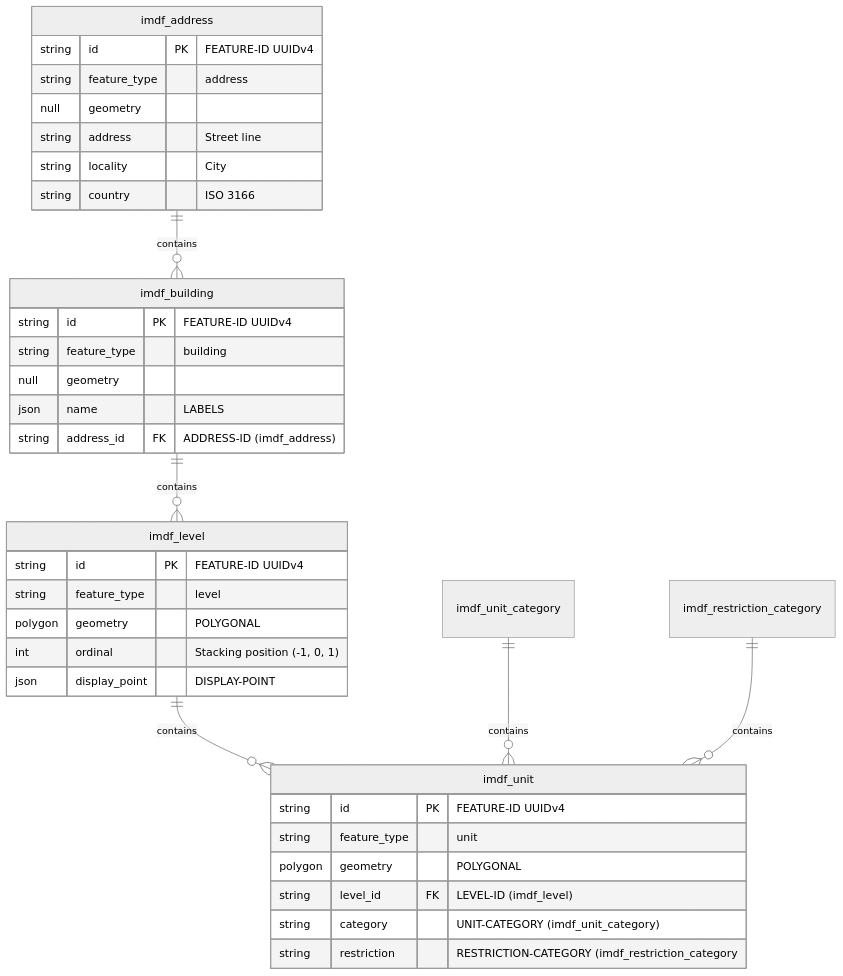
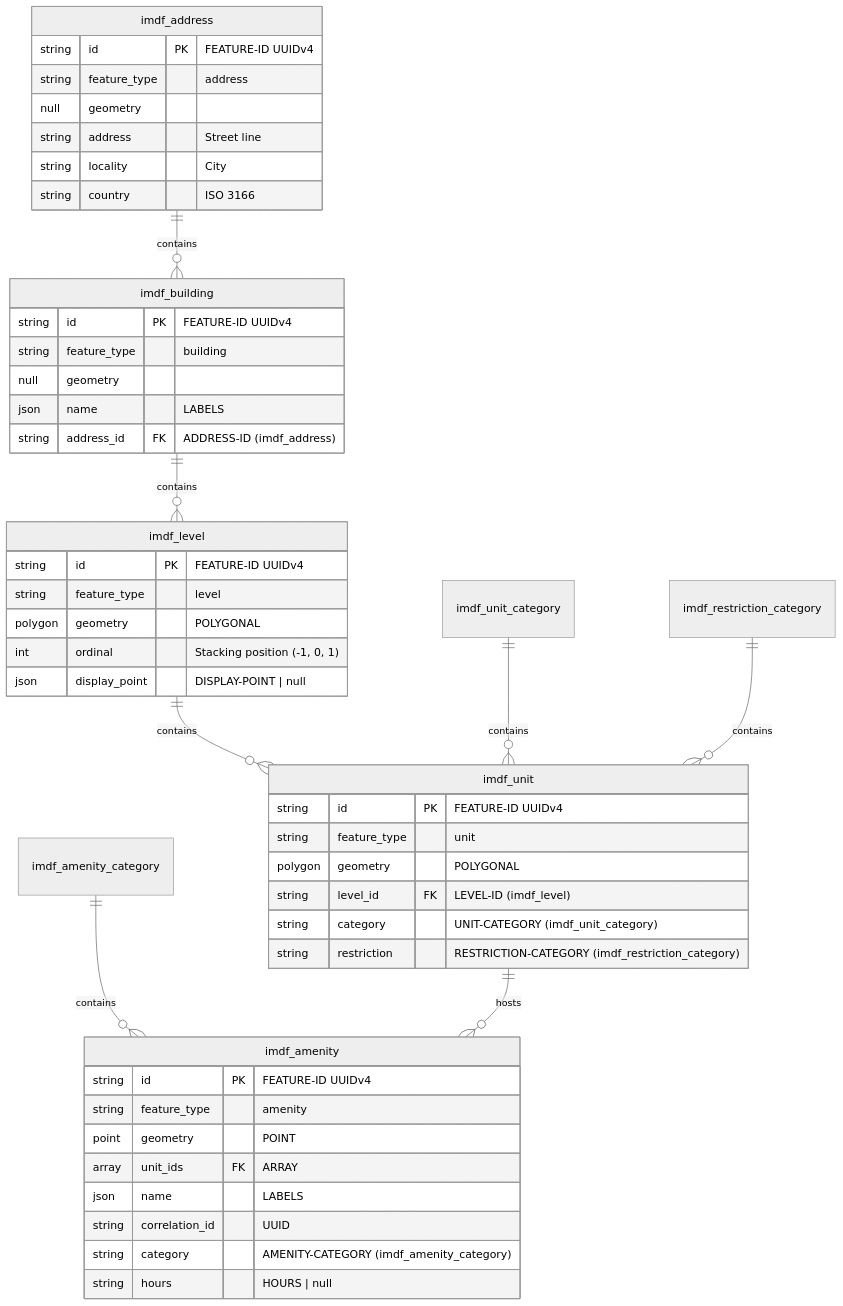
Before and after one commit to Wayfindr10/documentation: the diagram in database/indoor_spatial_semantics_er.md, drawn with Mermaid (neutral theme).

Commit message:
Enhance ER diagram with amenities
Added new entities and relationships for amenities and updated display point to allow null.

````diff
--- a/database/indoor_spatial_semantics_er.md
+++ b/database/indoor_spatial_semantics_er.md
@@ -1,53 +1,74 @@
 ```mermaid
 erDiagram
     imdf_address ||--o{ imdf_building : contains
+    %%imdf_address ||--o{ imdf_amenity : contains
     imdf_building ||--o{ imdf_level : contains
     imdf_level ||--o{ imdf_unit : contains
     imdf_unit_category ||--o{ imdf_unit : contains
     imdf_restriction_category ||--o{ imdf_unit : contains
+    imdf_amenity_category ||--o{ imdf_amenity : contains
+    imdf_unit ||--o{ imdf_amenity : hosts
 
     %% https://docs.ogc.org/cs/20-094/Address/index.html
     imdf_address {
         string id PK "FEATURE-ID UUIDv4"
         string feature_type "address"
         null geometry
         string address "Street line"
         string locality "City"
         string country "ISO 3166"
     }
 
     %% https://docs.ogc.org/cs/20-094/Building/index.html
+    %% https://docs.ogc.org/cs/20-094/Reference/index.html#labels
     %% name uses JSON if the label is different in another language i.e. AAU Copenhagen vs AAU København
     imdf_building {
         string id PK "FEATURE-ID UUIDv4"
         string feature_type "building"
         null geometry
         json name "LABELS"
         string address_id FK "ADDRESS-ID (imdf_address)"
     }
 
     %% https://docs.ogc.org/cs/20-094/Level/index.html
+    %% https://docs.ogc.org/cs/20-094/Reference/index.html#display-point
     imdf_level {
         string id PK "FEATURE-ID UUIDv4"
         string feature_type "level"
         polygon geometry "POLYGONAL"
         int ordinal "Stacking position (-1, 0, 1)"
-        json display_point "DISPLAY-POINT"
+        json display_point "DISPLAY-POINT | null" 
     }
 
     %% https://docs.ogc.org/cs/20-094/Categories/index.html#unit
     imdf_unit_category
 
     %% https://docs.ogc.org/cs/20-094/Categories/index.html#restriction
     imdf_restriction_category
 
     %% https://docs.ogc.org/cs/20-094/Unit/index.html
     imdf_unit {
         string id PK "FEATURE-ID UUIDv4"
         string feature_type "unit"
         polygon geometry "POLYGONAL"
         string level_id FK "LEVEL-ID (imdf_level)"
         string category "UNIT-CATEGORY (imdf_unit_category)"
-        string restriction "RESTRICTION-CATEGORY (imdf_restriction_category"
+        string restriction "RESTRICTION-CATEGORY (imdf_restriction_category)"
     }
+
+    imdf_amenity_category
+
+    %% https://docs.ogc.org/cs/20-094/Categories/index.html#amenity
+    imdf_amenity {
+        string id PK "FEATURE-ID UUIDv4"
+        string feature_type "amenity"
+        point geometry "POINT"
+        array unit_ids FK "ARRAY"
+        %%string address_id FK "ADDRESS-ID"
+        json name "LABELS"
+        string correlation_id "UUID"
+        string category "AMENITY-CATEGORY (imdf_amenity_category)"
+        string hours "HOURS | null"
+    }
+
 ```
````
